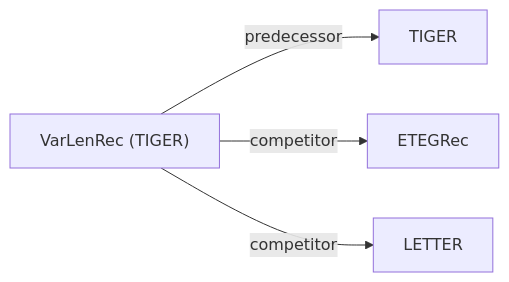
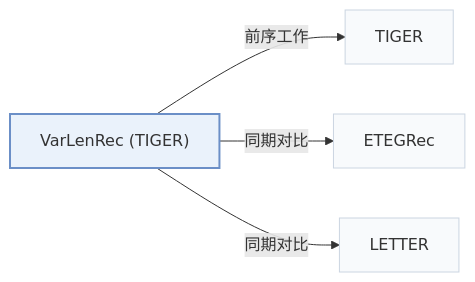
The second of 2 diagrams in pages/zh/papers/varlenrec-tiger.md (Galaxy-ghost/Awesome-SID-Generative-Rec), drawn with Mermaid before and after one commit. The commit also changed other lines of this file and 649 other files, not shown here.

Commit message:
writer-05: also tags and modality index (schema, check, build, visuals); summary field removed; calibration data for 12 papers

````diff
--- a/pages/zh/papers/varlenrec-tiger.md
+++ b/pages/zh/papers/varlenrec-tiger.md
@@ -69,7 +74,11 @@
 ```mermaid
 flowchart LR
     P["VarLenRec (TIGER)"]
-    P -->|predecessor| A["TIGER"]
-    P -->|competitor| B["ETEGRec"]
-    P -->|competitor| C["LETTER"]
+    P -->|"前序工作"| A["TIGER"]
+    P -->|"同期对比"| B["ETEGRec"]
+    P -->|"同期对比"| C["LETTER"]
+    classDef main fill:#eaf2fb,stroke:#6b8fc7,stroke-width:2px
+    classDef peer fill:#f8fafc,stroke:#cbd5e1
+    class P main
+    class A,B,C peer
 ```
````
